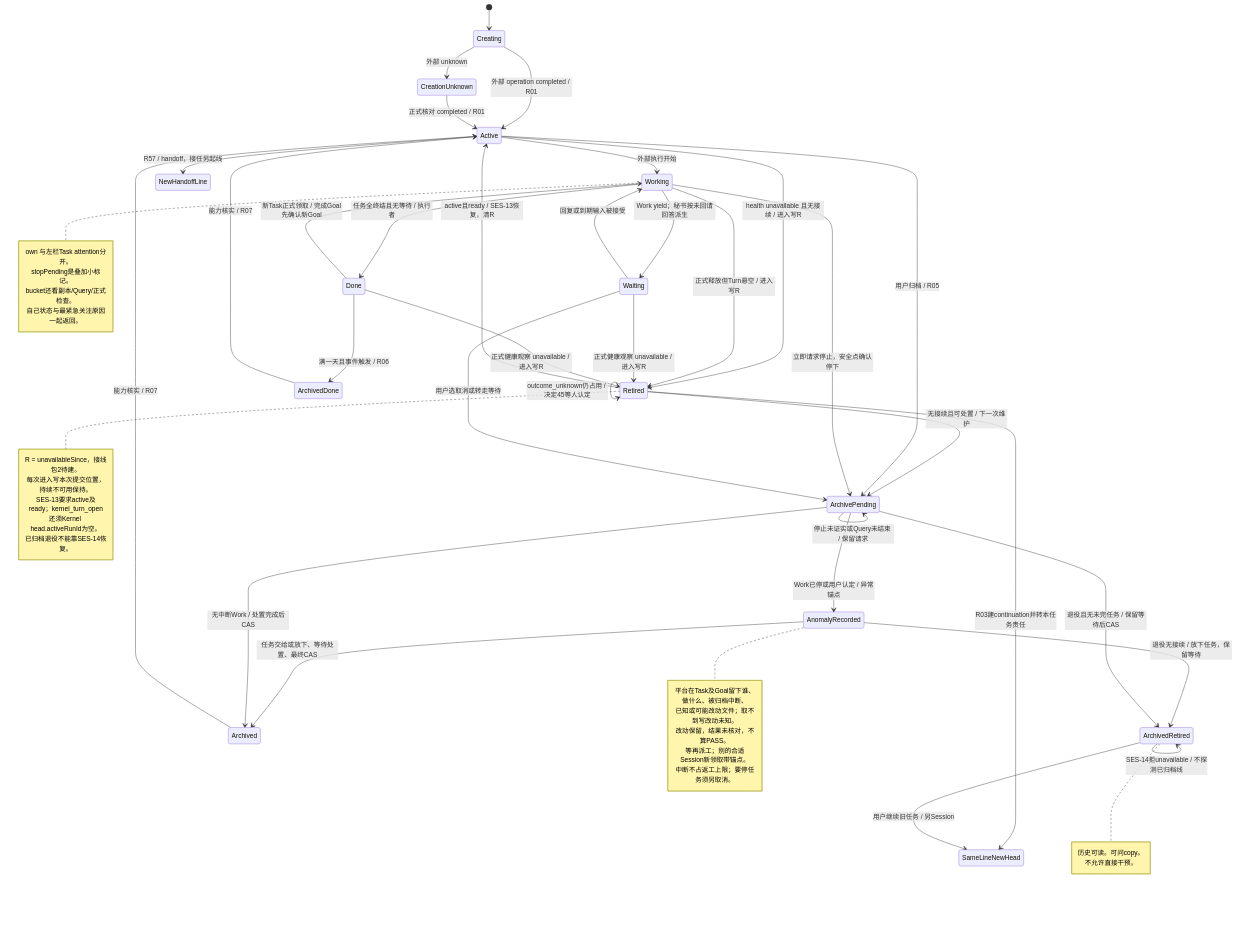
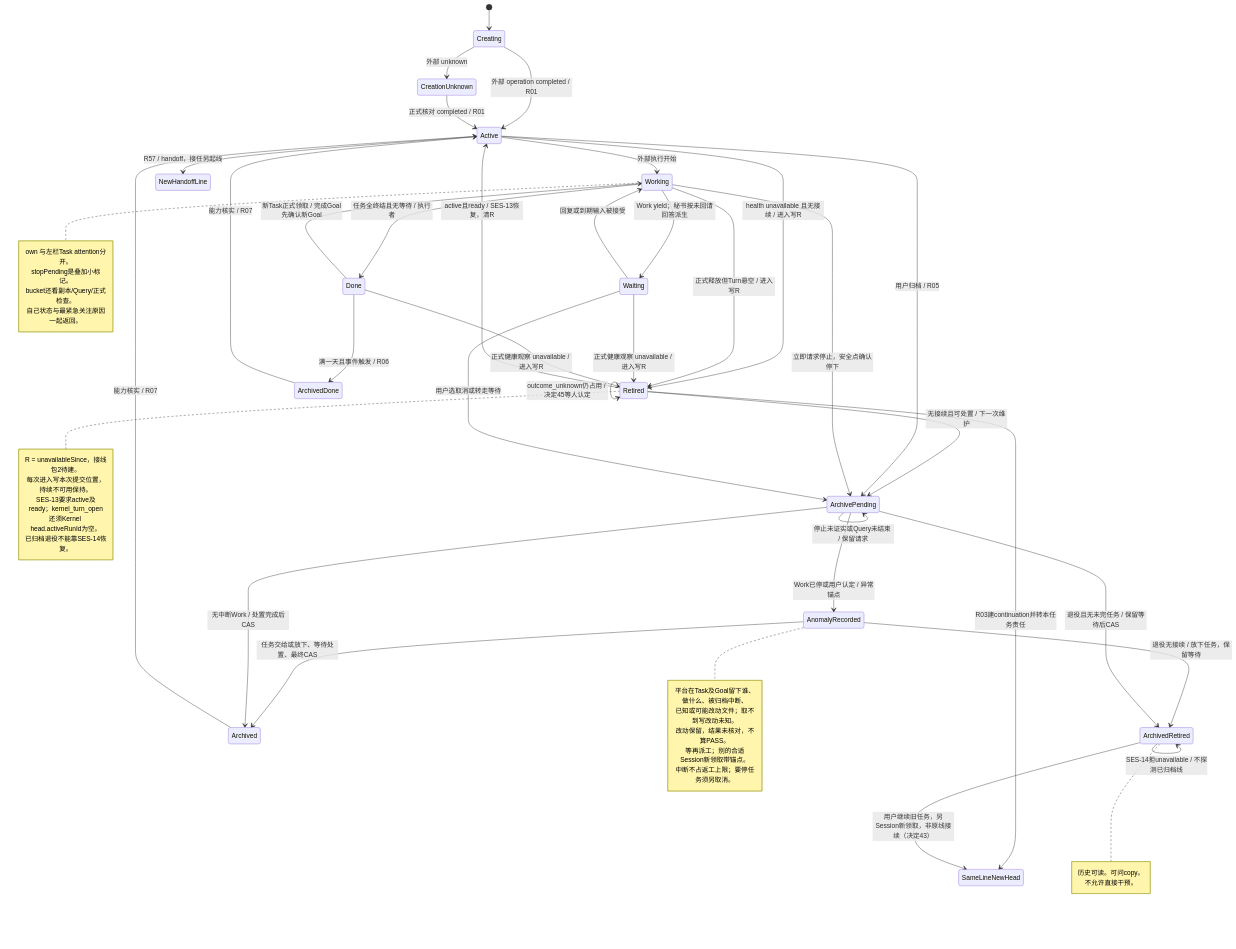
The third of 24 diagrams in docs/refactor/design/orchestration-2026-10/model/DIAGRAMS.md (hk865/coding-platform), drawn with Mermaid before and after one commit. The commit also changed other lines of this file and 30 other files, not shown here.

````diff
--- a/docs/refactor/design/orchestration-2026-10/model/DIAGRAMS.md
+++ b/docs/refactor/design/orchestration-2026-10/model/DIAGRAMS.md
@@ -107,59 +107,59 @@
 ```mermaid
 stateDiagram-v2
   [*] --> Creating
   Creating --> Active: 外部 operation completed / R01
   Creating --> CreationUnknown: 外部 unknown
   CreationUnknown --> Active: 正式核对 completed / R01
   Active --> Working: 外部执行开始
   Working --> Waiting: Work yield；秘书按未回请回答派生
   Working --> Done: 任务全终结且无等待 / 执行者
   Active --> Retired: health unavailable 且无接续 / 进入写R
   Working --> Retired: 正式释放但Turn悬空 / 进入写R
   Waiting --> Retired: 正式健康观察 unavailable / 进入写R
   Done --> Retired: 正式健康观察 unavailable / 进入写R
   Retired --> Active: active且ready / SES-13恢复，清R
   Waiting --> Working: 回复或到期输入被接受
   Done --> Working: 新Task正式领取 / 完成Goal先确认新Goal
   Done --> ArchivedDone: 满一天且事件触发 / R06
   Retired --> Retired: outcome_unknown仍占用 / 决定45等人认定
   Retired --> ArchivePending: 无接续且可处置 / 下一次维护
   Active --> ArchivePending: 用户归档 / R05
   Working --> ArchivePending: 立即请求停止，安全点确认停下
   Waiting --> ArchivePending: 用户选取消或转走等待
   ArchivePending --> ArchivePending: 停止未证实或Query未结束 / 保留请求
   ArchivePending --> AnomalyRecorded: Work已停或用户认定 / 异常锚点
   AnomalyRecorded --> Archived: 任务交给或放下、等待处置、最终CAS
   AnomalyRecorded --> ArchivedRetired: 退役无接续 / 放下任务，保留等待
   ArchivePending --> Archived: 无中断Work / 处置完成后CAS
   ArchivePending --> ArchivedRetired: 退役且无未完任务 / 保留等待后CAS
   ArchivedDone --> Active: 能力核实 / R07
   Archived --> Active: 能力核实 / R07
   ArchivedRetired --> ArchivedRetired: SES-14拒unavailable / 不探测已归档线
   Retired --> SameLineNewHead: R03建continuation并转本任务责任
-  ArchivedRetired --> SameLineNewHead: 用户继续旧任务 / 另Session
+  ArchivedRetired --> SameLineNewHead: 用户继续旧任务，另Session新领取，非原线接续（决定43）
   Active --> NewHandoffLine: R57 / handoff，接任另起线
   note right of Retired
     R = unavailableSince，接线包2待建。
     每次进入写本次提交位置，持续不可用保持。
     SES-13要求active及ready；kernel_turn_open
     还须Kernel head.activeRunId为空。
     已归档退役不能靠SES-14恢复。
   end note
   note right of AnomalyRecorded
     平台在Task及Goal留下谁、做什么、被归档中断、
     已知或可能改动文件；取不到写改动未知。
     改动保留，结果未核对，不算PASS。
     等再派工；别的合适Session新领取带锚点。
     中断不占返工上限；要停任务须另取消。
   end note
   note right of Working
     own 与左栏Task attention分开。
     stopPending是叠加小标记。
     bucket还看副本/Query/正式检查。
     自己状态与最紧急关注原因一起返回。
   end note
   note right of ArchivedRetired
     历史可读。可问copy。
     不允许直接干预。
   end note
 ```
````
